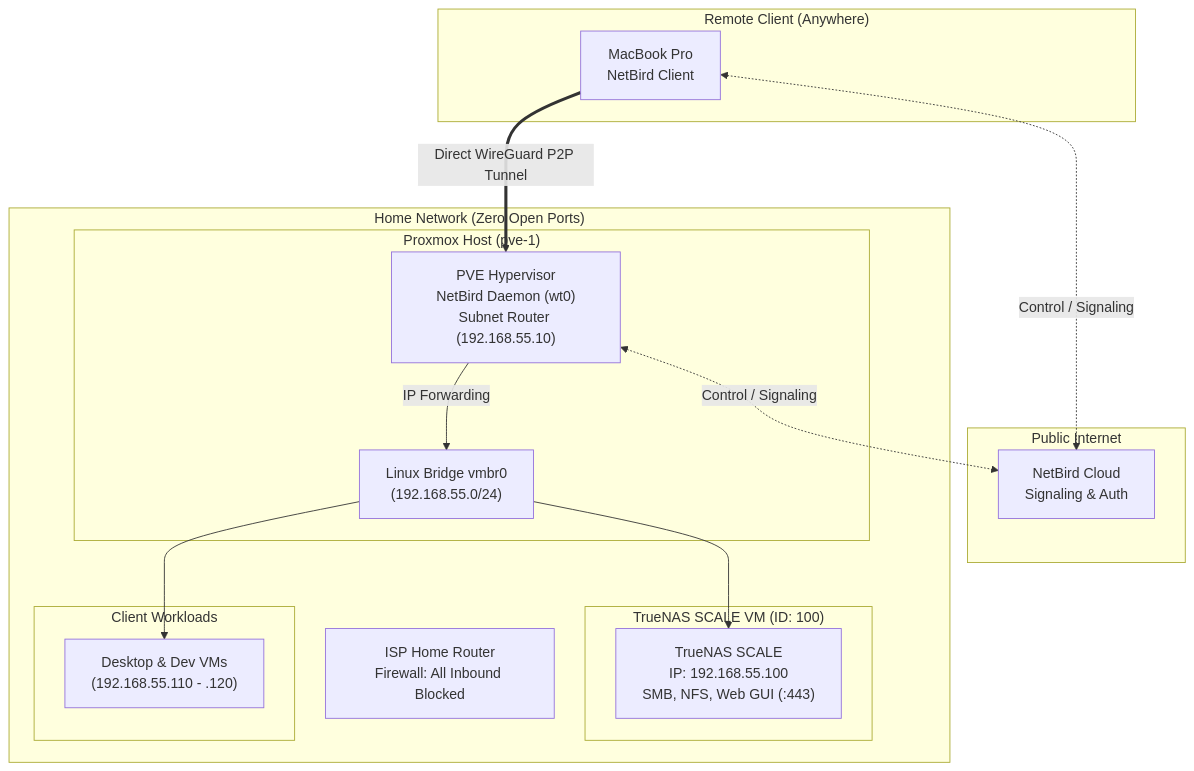
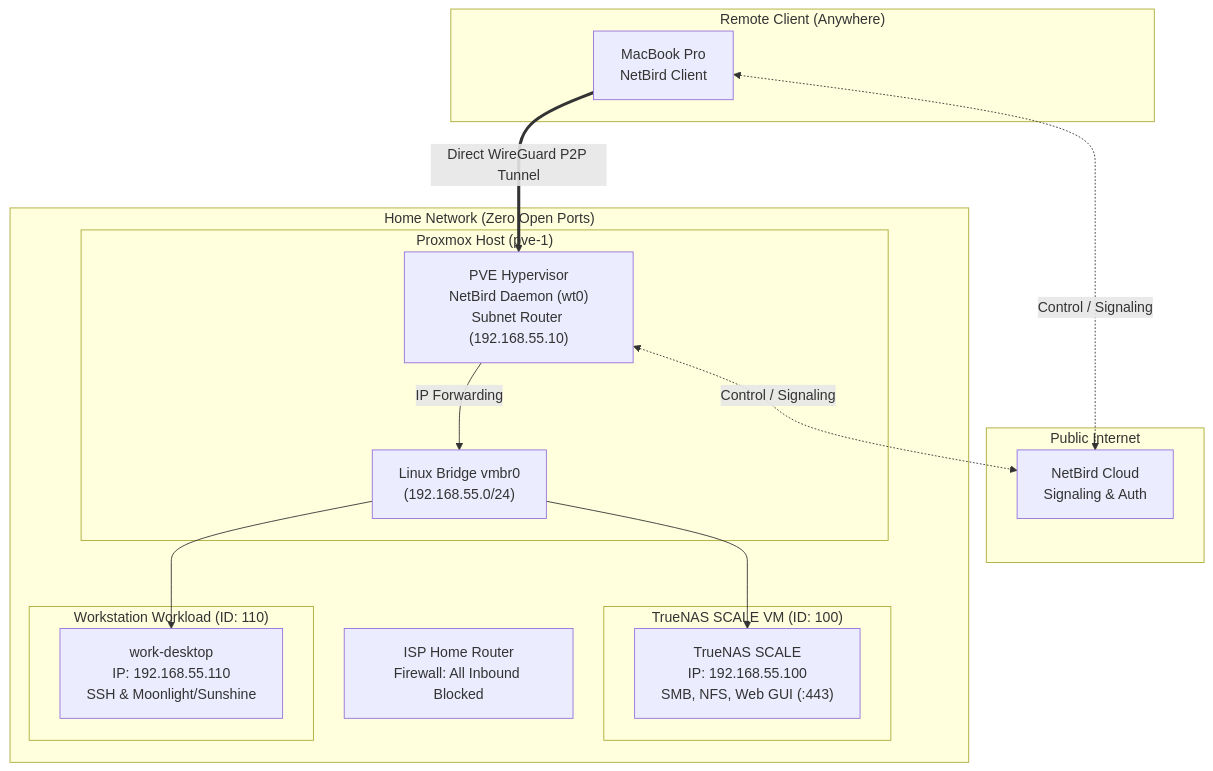
The diagram in docs/netbird.md (akraradets/homelab), drawn with Mermaid before and after one commit. The commit also changed 7 other files, not shown here.

Commit message:
docs: consolidate work-desktop (VM 110) with RTX 3060 & harden Sunshine KMS service

````diff
--- a/docs/netbird.md
+++ b/docs/netbird.md
@@ -15,34 +15,34 @@
 ```mermaid
 graph TD
     subgraph Remote["Remote Client (Anywhere)"]
         MacBook["MacBook Pro\nNetBird Client"]
     end
 
     subgraph Internet["Public Internet"]
         NBCloud["NetBird Cloud\nSignaling & Auth"]
     end
 
     subgraph HomeLab["Home Network (Zero Open Ports)"]
         Router["ISP Home Router\nFirewall: All Inbound Blocked"]
         
         subgraph PVE["Proxmox Host (pve-1)"]
             PVE_Host["PVE Hypervisor\nNetBird Daemon (wt0)\nSubnet Router (192.168.55.10)"]
             Bridge["Linux Bridge vmbr0\n(192.168.55.0/24)"]
         end
 
         subgraph Storage["TrueNAS SCALE VM (ID: 100)"]
             TrueNAS["TrueNAS SCALE\nIP: 192.168.55.100\nSMB, NFS, Web GUI (:443)"]
         end
 
-        subgraph Compute["Client Workloads"]
-            Workstations["Desktop & Dev VMs\n(192.168.55.110 - .120)"]
+        subgraph Compute["Workstation Workload (ID: 110)"]
+            Workstations["work-desktop\nIP: 192.168.55.110\nSSH & Moonlight/Sunshine"]
         end
     end
 
     MacBook <-.->|Control / Signaling| NBCloud
     PVE_Host <-.->|Control / Signaling| NBCloud
     MacBook == Direct WireGuard P2P Tunnel ==> PVE_Host
     PVE_Host -->|IP Forwarding| Bridge
     Bridge --> TrueNAS
     Bridge --> Workstations
 ```
````
